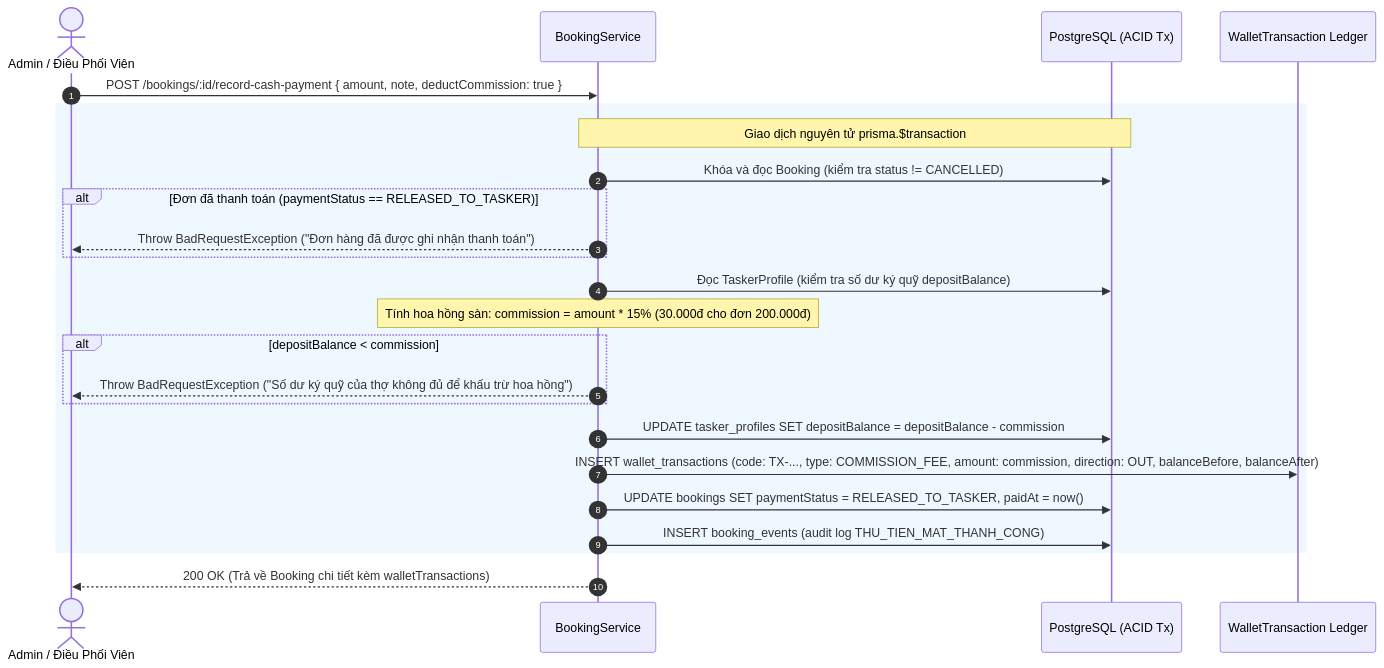
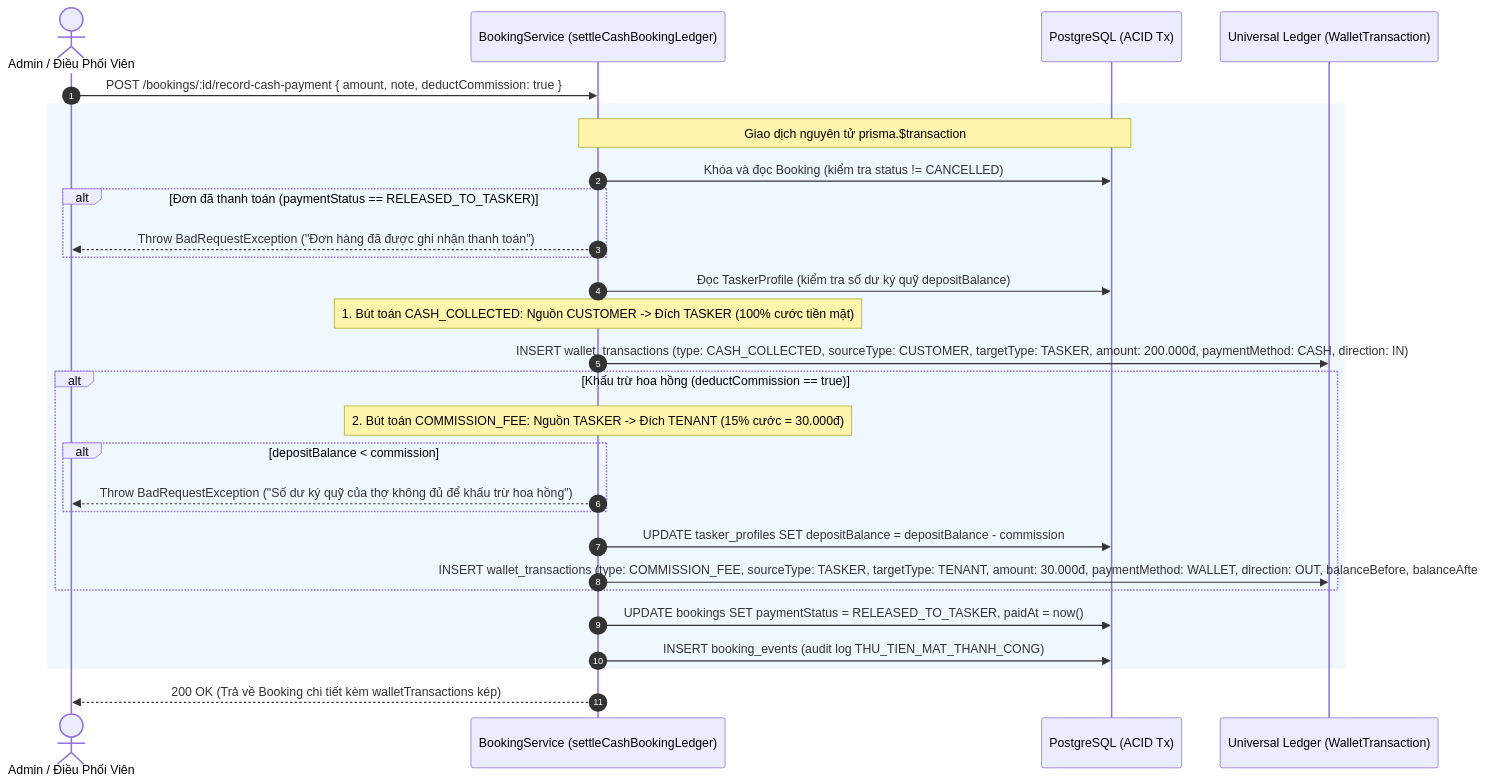
The diagram in docs/superpowers/specs/2026-10-07-cash-payment-workflow.md (nhatlinhdev201/linkk-work), drawn with Mermaid before and after one commit. The commit also changed other lines of this file and 1 other file, not shown here.

Commit message:
docs(system): document universal transaction ledger and finance APIs

````diff
--- a/docs/superpowers/specs/2026-10-07-cash-payment-workflow.md
+++ b/docs/superpowers/specs/2026-10-07-cash-payment-workflow.md
@@ -58,27 +58,33 @@
 ```mermaid
 sequenceDiagram
     autonumber
     actor Admin as Admin / Điều Phối Viên
-    participant API as BookingService
+    participant API as BookingService (settleCashBookingLedger)
     participant DB as PostgreSQL (ACID Tx)
-    participant WT as WalletTransaction Ledger
+    participant WT as Universal Ledger (WalletTransaction)
 
     Admin->>API: POST /bookings/:id/record-cash-payment { amount, note, deductCommission: true }
     rect rgb(240, 248, 255)
         Note over API,DB: Giao dịch nguyên tử prisma.$transaction
         API->>DB: Khóa và đọc Booking (kiểm tra status != CANCELLED)
         alt Đơn đã thanh toán (paymentStatus == RELEASED_TO_TASKER)
             API-->>Admin: Throw BadRequestException ("Đơn hàng đã được ghi nhận thanh toán")
         end
         API->>DB: Đọc TaskerProfile (kiểm tra số dư ký quỹ depositBalance)
-        Note over API: Tính hoa hồng sàn: commission = amount * 15% (30.000đ cho đơn 200.000đ)
-        alt depositBalance < commission
-            API-->>Admin: Throw BadRequestException ("Số dư ký quỹ của thợ không đủ để khấu trừ hoa hồng")
+        Note over API: 1. Bút toán CASH_COLLECTED: Nguồn CUSTOMER -> Đích TASKER (100% cước tiền mặt)
+        API->>WT: INSERT wallet_transactions (type: CASH_COLLECTED, sourceType: CUSTOMER, targetType: TASKER, amount: 200.000đ, paymentMethod: CASH, direction: IN)
+        
+        alt Khấu trừ hoa hồng (deductCommission == true)
+            Note over API: 2. Bút toán COMMISSION_FEE: Nguồn TASKER -> Đích TENANT (15% cước = 30.000đ)
+            alt depositBalance < commission
+                API-->>Admin: Throw BadRequestException ("Số dư ký quỹ của thợ không đủ để khấu trừ hoa hồng")
+            end
+            API->>DB: UPDATE tasker_profiles SET depositBalance = depositBalance - commission
+            API->>WT: INSERT wallet_transactions (type: COMMISSION_FEE, sourceType: TASKER, targetType: TENANT, amount: 30.000đ, paymentMethod: WALLET, direction: OUT, balanceBefore, balanceAfter)
         end
-        API->>DB: UPDATE tasker_profiles SET depositBalance = depositBalance - commission
-        API->>WT: INSERT wallet_transactions (code: TX-..., type: COMMISSION_FEE, amount: commission, direction: OUT, balanceBefore, balanceAfter)
+        
         API->>DB: UPDATE bookings SET paymentStatus = RELEASED_TO_TASKER, paidAt = now()
         API->>DB: INSERT booking_events (audit log THU_TIEN_MAT_THANH_CONG)
     end
-    API-->>Admin: 200 OK (Trả về Booking chi tiết kèm walletTransactions)
+    API-->>Admin: 200 OK (Trả về Booking chi tiết kèm walletTransactions kép)
 ```
````
